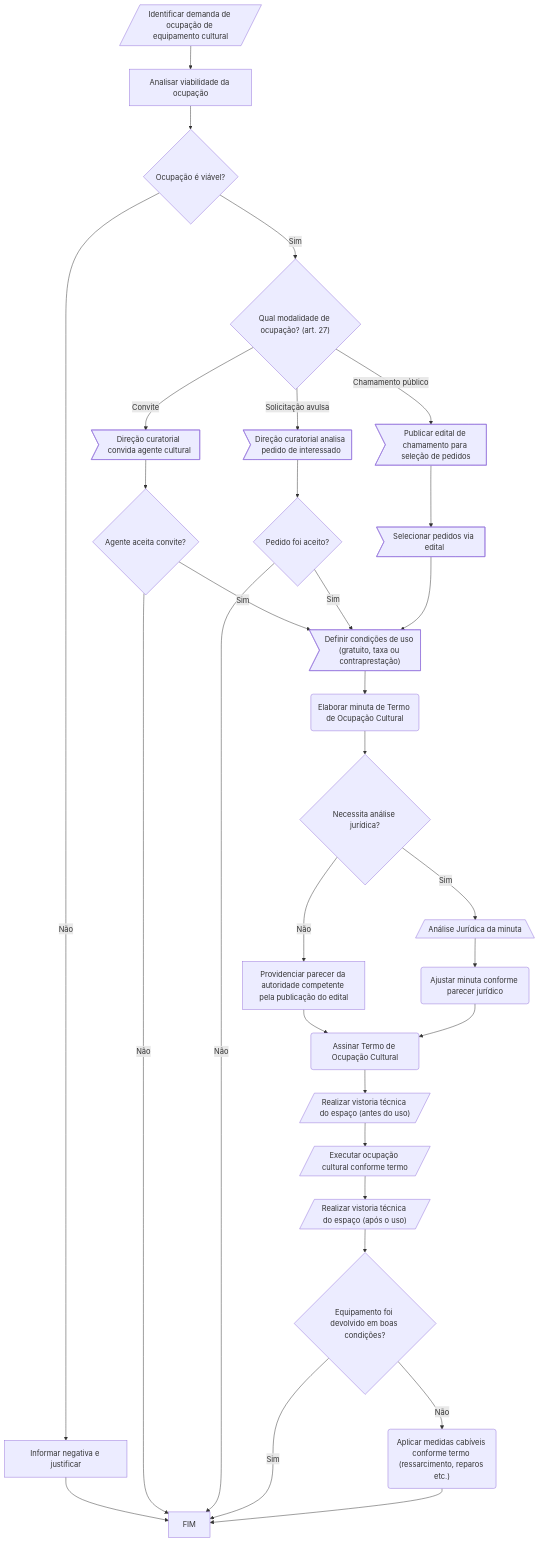
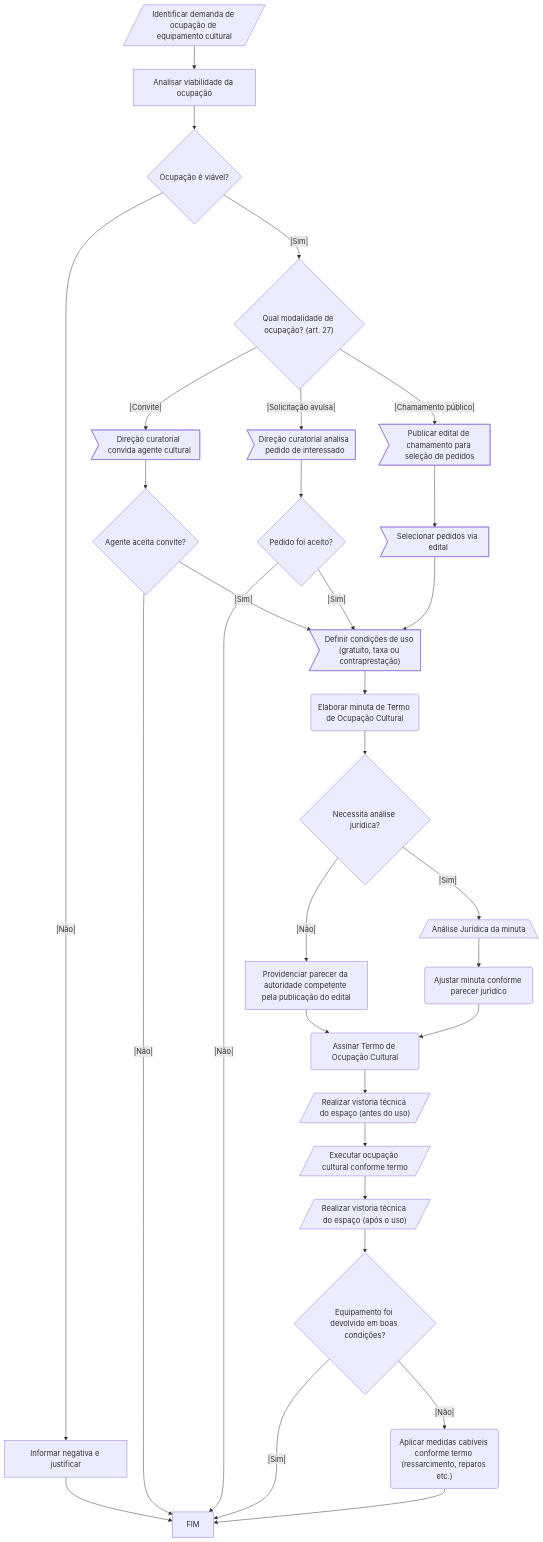
One commit to iepha-mg/manual.appi changed the second of 2 diagrams in paginas/marcos_regulatorios/MRFC/TOC/README.md. Above: the diagram before and after it, drawn with Mermaid. The commit also changed other lines of this file, not shown here.

```diff
--- a/paginas/marcos_regulatorios/MRFC/TOC/README.md
+++ b/paginas/marcos_regulatorios/MRFC/TOC/README.md
@@ -100,31 +100,31 @@
 <div class="mermaid">
 flowchart TD
     A@{ shape: lean-r, label: "Identificar demanda de ocupação de equipamento cultural" } --> B@{ shape: rect, label: "Analisar viabilidade da ocupação" }
     B --> C@{ shape: diamond, label: "Ocupação é viável?" }
-    C -->|Não| D@{ shape: rect, label: "Informar negativa e justificar" } --> FIM
-    C -->|Sim| E@{ shape: diamond, label: "Qual modalidade de ocupação? (art. 27)" }
-    E -->|Convite| F@{ shape: odd, label: "Direção curatorial convida agente cultural" }
-    E -->|Solicitação avulsa| G@{ shape: odd, label: "Direção curatorial analisa pedido de interessado" }
-    E -->|Chamamento público| H@{ shape: odd, label: "Publicar edital de chamamento para seleção de pedidos" }
+    C --|Não|--> D@{ shape: rect, label: "Informar negativa e justificar" } --> FIM
+    C --|Sim|--> E@{ shape: diamond, label: "Qual modalidade de ocupação? (art. 27)" }
+    E --|Convite|--> F@{ shape: odd, label: "Direção curatorial convida agente cultural" }
+    E --|Solicitação avulsa|--> G@{ shape: odd, label: "Direção curatorial analisa pedido de interessado" }
+    E --|Chamamento público|--> H@{ shape: odd, label: "Publicar edital de chamamento para seleção de pedidos" }
     F --> I@{ shape: diamond, label: "Agente aceita convite?" }
     G --> J@{ shape: diamond, label: "Pedido foi aceito?" }
     H --> K@{ shape: odd, label: "Selecionar pedidos via edital" }
-    I -->|Não| FIM
-    I -->|Sim| L@{ shape: odd, label: "Definir condições de uso (gratuito, taxa ou contraprestação)" }
-    J -->|Não| FIM
-    J -->|Sim| L
+    I --|Não|--> FIM
+    I --|Sim|--> L@{ shape: odd, label: "Definir condições de uso (gratuito, taxa ou contraprestação)" }
+    J --|Não|--> FIM
+    J --|Sim|--> L
     K --> L
     L --> M@{ shape: rounded, label: "Elaborar minuta de Termo de Ocupação Cultural" }
     M --> N@{ shape: diamond, label: "Necessita análise jurídica?" }
-    N -->|Sim| O@{ shape: trap-b, label: "Análise Jurídica da minuta" } --> P@{ shape: rounded, label: "Ajustar minuta conforme parecer jurídico" }
-    N -->|Não| Q@{ shape: rect, label: "Providenciar parecer da autoridade competente pela publicação do edital" }
+    N --|Sim|--> O@{ shape: trap-b, label: "Análise Jurídica da minuta" } --> P@{ shape: rounded, label: "Ajustar minuta conforme parecer jurídico" }
+    N --|Não|--> Q@{ shape: rect, label: "Providenciar parecer da autoridade competente pela publicação do edital" }
     Q --> R@{ shape: rounded, label: "Assinar Termo de Ocupação Cultural" }
     P --> R
     R --> S@{ shape: lean-r, label: "Realizar vistoria técnica do espaço (antes do uso)" }
     S --> T@{ shape: lean-r, label: "Executar ocupação cultural conforme termo" }
     T --> U@{ shape: lean-r, label: "Realizar vistoria técnica do espaço (após o uso)" }
     U --> V@{ shape: diamond, label: "Equipamento foi devolvido em boas condições?" }
-    V -->|Sim| FIM
-    V -->|Não| W@{ shape: rounded, label: "Aplicar medidas cabíveis conforme termo (ressarcimento, reparos etc.)" }
+    V --|Sim|--> FIM
+    V --|Não|--> W@{ shape: rounded, label: "Aplicar medidas cabíveis conforme termo (ressarcimento, reparos etc.)" }
     W --> FIM
 </div>
```
